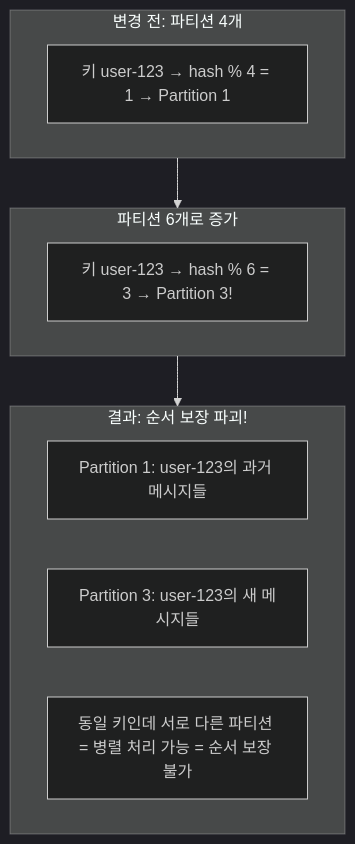
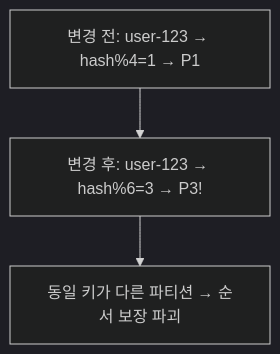
Before and after one commit to yjkim2015/yjkim2015.github.io: the seventh of 21 diagrams in _posts/kafka/2026-05-01-kafka-extreme-scenarios.md, drawn with Mermaid (dark theme). The commit also changed other lines of this file and 215 other files, not shown here.

First line of the commit message:
신규 포스트 10개 추가 + Mermaid 전면 축소 + SystemDesign 시리즈 보강

````diff
--- a/_posts/kafka/2026-05-01-kafka-extreme-scenarios.md
+++ b/_posts/kafka/2026-05-01-kafka-extreme-scenarios.md
@@ -240,15 +220,5 @@
 ```mermaid
 graph TD
-    subgraph before["변경 전: 파티션 4개"]
-        K1["키 user-123 → hash % 4 = 1 → Partition 1"]
-    end
-    subgraph after["파티션 6개로 증가"]
-        K2["키 user-123 → hash % 6 = 3 → Partition 3!"]
-    end
-    subgraph result["결과: 순서 보장 파괴!"]
-        P1DATA["Partition 1: user-123의 과거 메시지들"]
-        P3DATA["Partition 3: user-123의 새 메시지들"]
-        NOTE["동일 키인데 서로 다른 파티션 = 병렬 처리 가능 = 순서 보장 불가"]
-    end
-    before --> after --> result
+    K1["변경 전: user-123 → hash%4=1 → P1"] --> K2["변경 후: user-123 → hash%6=3 → P3!"]
+    K2 --> NOTE["동일 키가 다른 파티션 → 순서 보장 파괴"]
 ```
````
